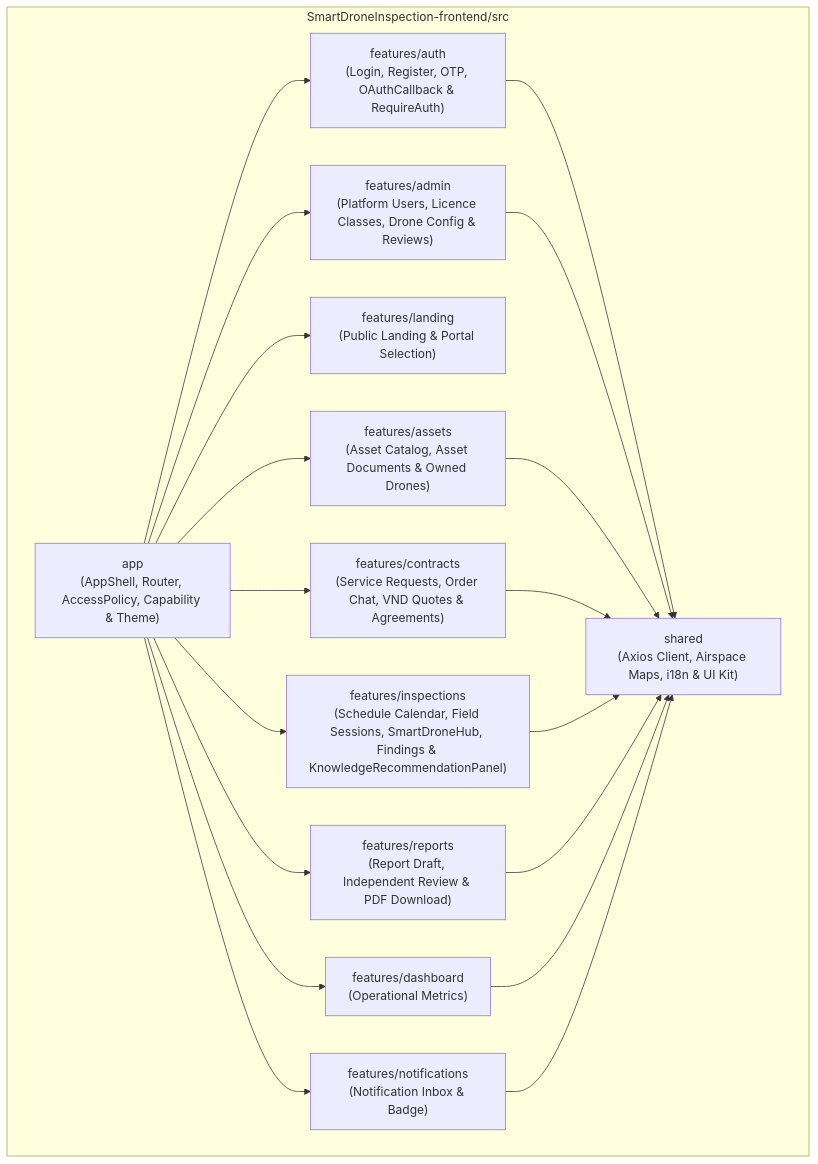
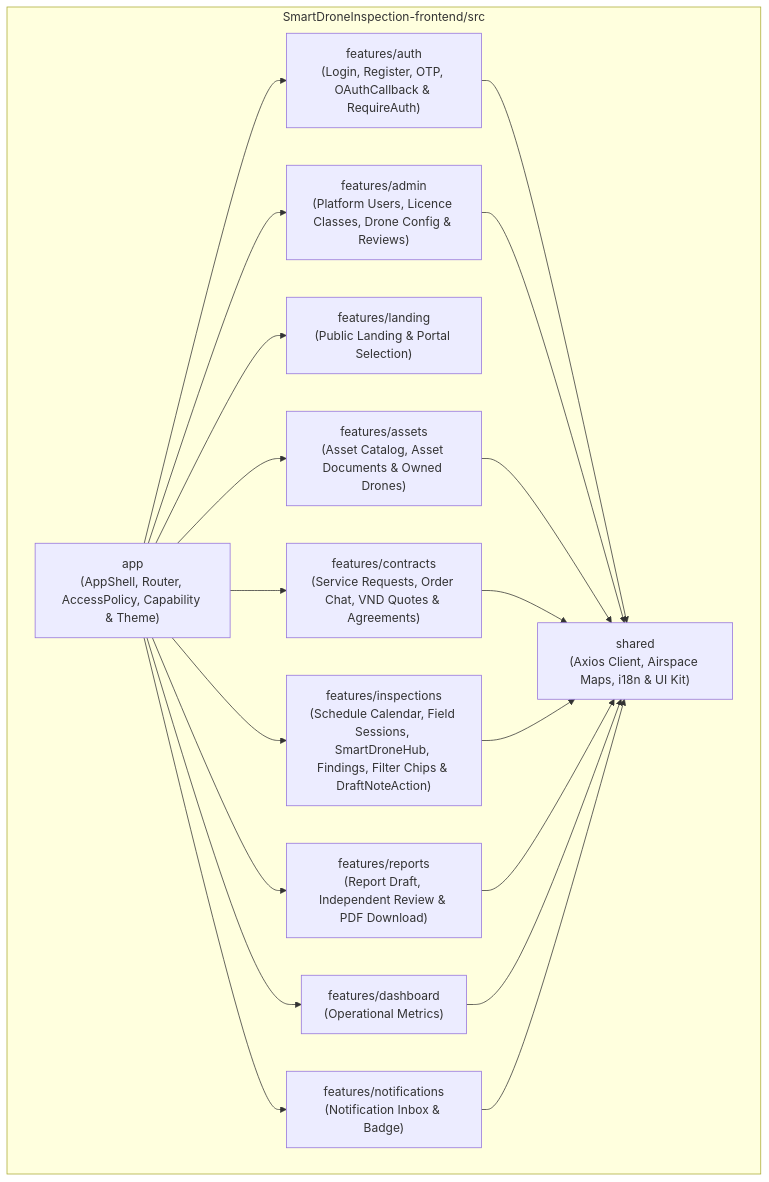
Before and after one commit to tungbach12/SmartDroneInspection-Docs: the third of 4 diagrams in reports/report-4-software-design-document/01-system-design.md, drawn with Mermaid. The commit also changed other lines of this file and 25 other files, not shown here.

````diff
--- a/reports/report-4-software-design-document/01-system-design.md
+++ b/reports/report-4-software-design-document/01-system-design.md
@@ -159,35 +159,35 @@
 ```mermaid
 %% title: Web Portal Subsystem Package Diagram
 flowchart TD
   subgraph WebRoot["SmartDroneInspection-frontend/src"]
     APP["app\n(AppShell, Router, AccessPolicy, Capability & Theme)"]
     FEAT_AUTH["features/auth\n(Login, Register, OTP, OAuthCallback & RequireAuth)"]
     FEAT_ADMIN["features/admin\n(Platform Users, Licence Classes, Drone Config & Reviews)"]
     FEAT_LANDING["features/landing\n(Public Landing & Portal Selection)"]
     FEAT_ASSETS["features/assets\n(Asset Catalog, Asset Documents & Owned Drones)"]
     FEAT_CONTRACTS["features/contracts\n(Service Requests, Order Chat, VND Quotes & Agreements)"]
-    FEAT_INSP["features/inspections\n(Schedule Calendar, Field Sessions, SmartDroneHub, Findings & KnowledgeRecommendationPanel)"]
+    FEAT_INSP["features/inspections\n(Schedule Calendar, Field Sessions, SmartDroneHub, Findings, Filter Chips & DraftNoteAction)"]
     FEAT_REPORTS["features/reports\n(Report Draft, Independent Review & PDF Download)"]
     FEAT_DASH["features/dashboard\n(Operational Metrics)"]
     FEAT_NOTIF["features/notifications\n(Notification Inbox & Badge)"]
     WEB_SHARED["shared\n(Axios Client, Airspace Maps, i18n & UI Kit)"]
   end
 
   APP --> FEAT_AUTH
   APP --> FEAT_ADMIN
   APP --> FEAT_LANDING
   APP --> FEAT_ASSETS
   APP --> FEAT_CONTRACTS
   APP --> FEAT_INSP
   APP --> FEAT_REPORTS
   APP --> FEAT_DASH
   APP --> FEAT_NOTIF
   FEAT_AUTH --> WEB_SHARED
   FEAT_ADMIN --> WEB_SHARED
   FEAT_ASSETS --> WEB_SHARED
   FEAT_CONTRACTS --> WEB_SHARED
   FEAT_INSP --> WEB_SHARED
   FEAT_REPORTS --> WEB_SHARED
   FEAT_DASH --> WEB_SHARED
   FEAT_NOTIF --> WEB_SHARED
 ```
````
